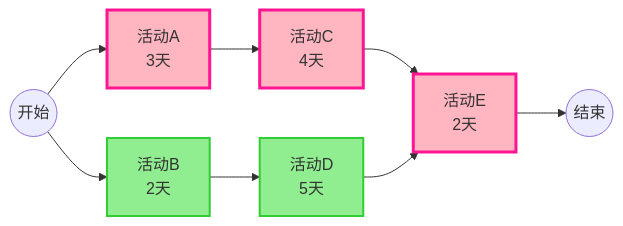
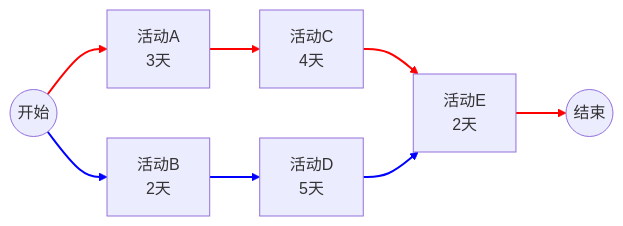
Before and after one commit to 7kolor/pmp-notes: the second of 4 diagrams in notes/02-过程域核心考点精解.md, drawn with Mermaid. The commit also changed other lines of this file and 9 other files, not shown here.

````diff
--- a/notes/02-过程域核心考点精解.md
+++ b/notes/02-过程域核心考点精解.md
@@ -131,22 +113,18 @@
     ```mermaid
     graph LR
-        Start((开始)) --> A[活动A<br/>3天]
-        Start --> B[活动B<br/>2天]
-        A --> C[活动C<br/>4天]
-        B --> D[活动D<br/>5天]
-        C --> E[活动E<br/>2天]
+        Start((开始)) --> A["活动A<br>3天"]
+        Start --> B["活动B<br>2天"]
+        A --> C["活动C<br>4天"]
+        B --> D["活动D<br>5天"]
+        C --> E["活动E<br>2天"]
         D --> E
         E --> End((结束))
-        
-        style A fill:#FFB6C1
-        style C fill:#FFB6C1
-        style E fill:#FFB6C1
-        style B fill:#90EE90
-        style D fill:#90EE90
-        
-        classDef critical fill:#FFB6C1,stroke:#FF1493,stroke-width:3px
-        classDef noncritical fill:#90EE90,stroke:#32CD32,stroke-width:2px
-        
-        class A,C,E critical
-        class B,D noncritical
+
+        linkStyle 0 stroke-width:2px,stroke:red,fill:none;
+        linkStyle 1 stroke-width:2px,stroke:blue,fill:none;
+        linkStyle 2 stroke-width:2px,stroke:red,fill:none;
+        linkStyle 3 stroke-width:2px,stroke:blue,fill:none;
+        linkStyle 4 stroke-width:2px,stroke:red,fill:none;
+        linkStyle 5 stroke-width:2px,stroke:blue,fill:none;
+        linkStyle 6 stroke-width:2px,stroke:red,fill:none;
     ```
````
